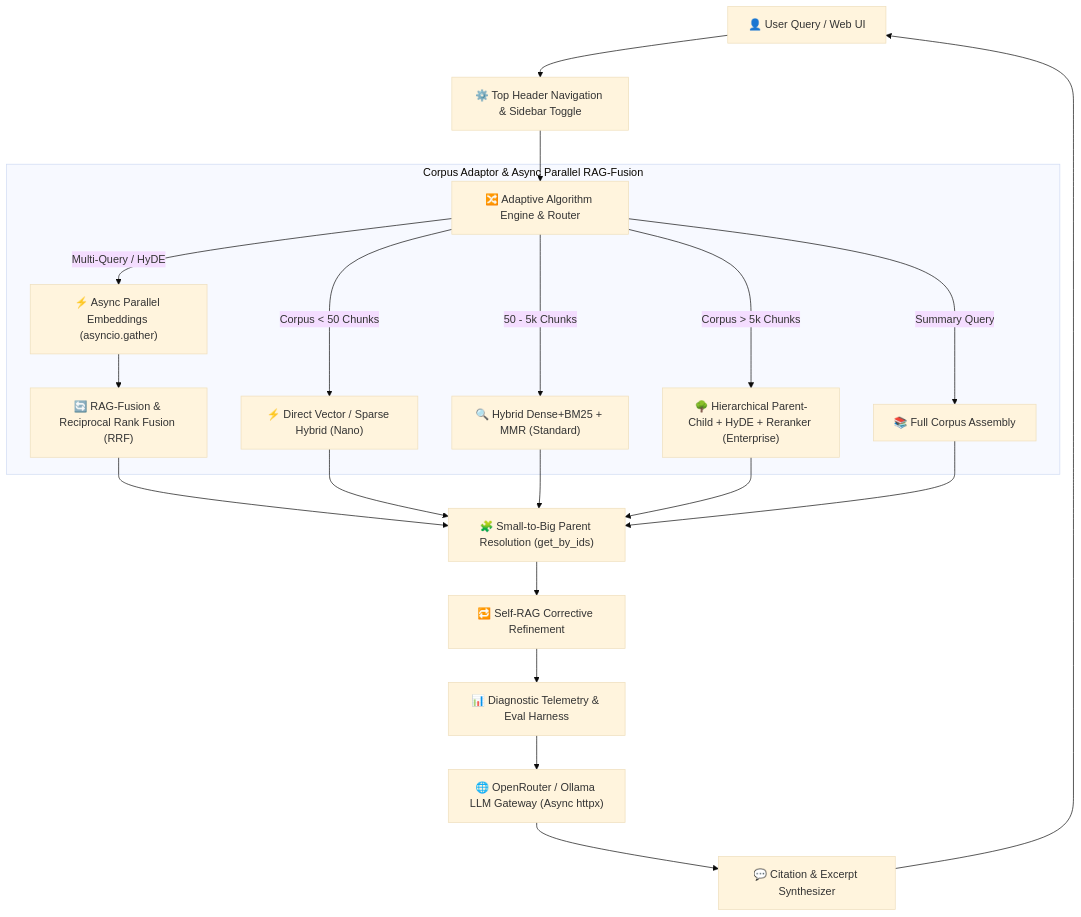
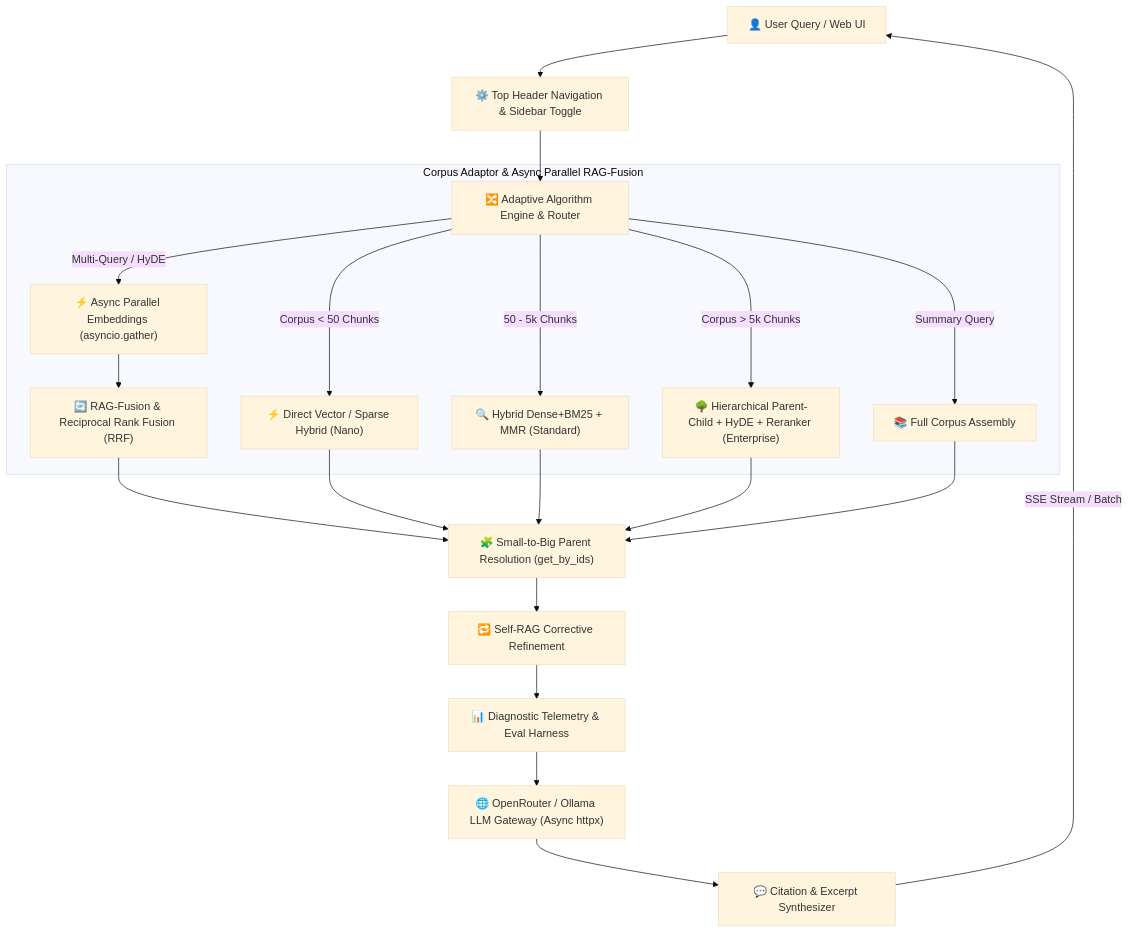
One commit to DarkWolfHunter007/Ultimate-RAG-System changed the diagram in README.md. Above: the diagram before and after it, drawn with Mermaid (base theme). The commit also changed other lines of this file, not shown here.

Commit message:
docs: update README to v1.4.0 — SSE streaming, test suite isolation, structural chunking, PDF layout preservation, full release notes

````diff
--- a/README.md
+++ b/README.md
@@ -25,21 +25,21 @@
 ```mermaid
 graph TD
     User["👤 User Query / Web UI"] --> HeaderNav["⚙️ Top Header Navigation & Sidebar Toggle"]
     HeaderNav --> Router["🔀 Adaptive Algorithm Engine & Router"]
     
     subgraph Corpus Adaptor & Async Parallel RAG-Fusion
         Router -->|Multi-Query / HyDE| AsyncGather["⚡ Async Parallel Embeddings (asyncio.gather)"]
         AsyncGather --> RAGFusion["🔄 RAG-Fusion & Reciprocal Rank Fusion (RRF)"]
         Router -->|Corpus < 50 Chunks| Direct["⚡ Direct Vector / Sparse Hybrid (Nano)"]
         Router -->|50 - 5k Chunks| MidTier["🔍 Hybrid Dense+BM25 + MMR (Standard)"]
         Router -->|Corpus > 5k Chunks| DeepTier["🌳 Hierarchical Parent-Child + HyDE + Reranker (Enterprise)"]
         Router -->|Summary Query| FullCorpus["📚 Full Corpus Assembly"]
     end
 
     RAGFusion & Direct & MidTier & DeepTier & FullCorpus --> SmallToBig["🧩 Small-to-Big Parent Resolution (get_by_ids)"]
     SmallToBig --> SelfRAG["🔁 Self-RAG Corrective Refinement"]
     SelfRAG --> DiagnosticEngine["📊 Diagnostic Telemetry & Eval Harness"]
     DiagnosticEngine --> OpenRouter["🌐 OpenRouter / Ollama LLM Gateway (Async httpx)"]
     OpenRouter --> AnswerEngine["💬 Citation & Excerpt Synthesizer"]
-    AnswerEngine --> User
+    AnswerEngine -->|SSE Stream / Batch| User
 ```
````
